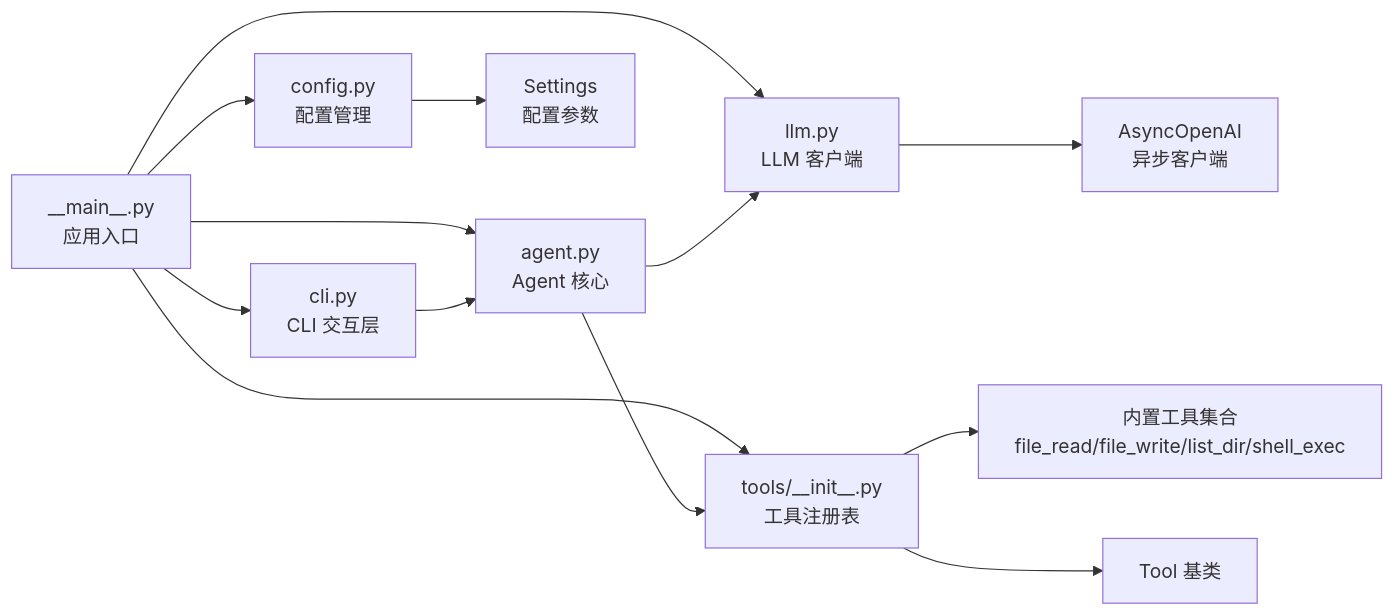
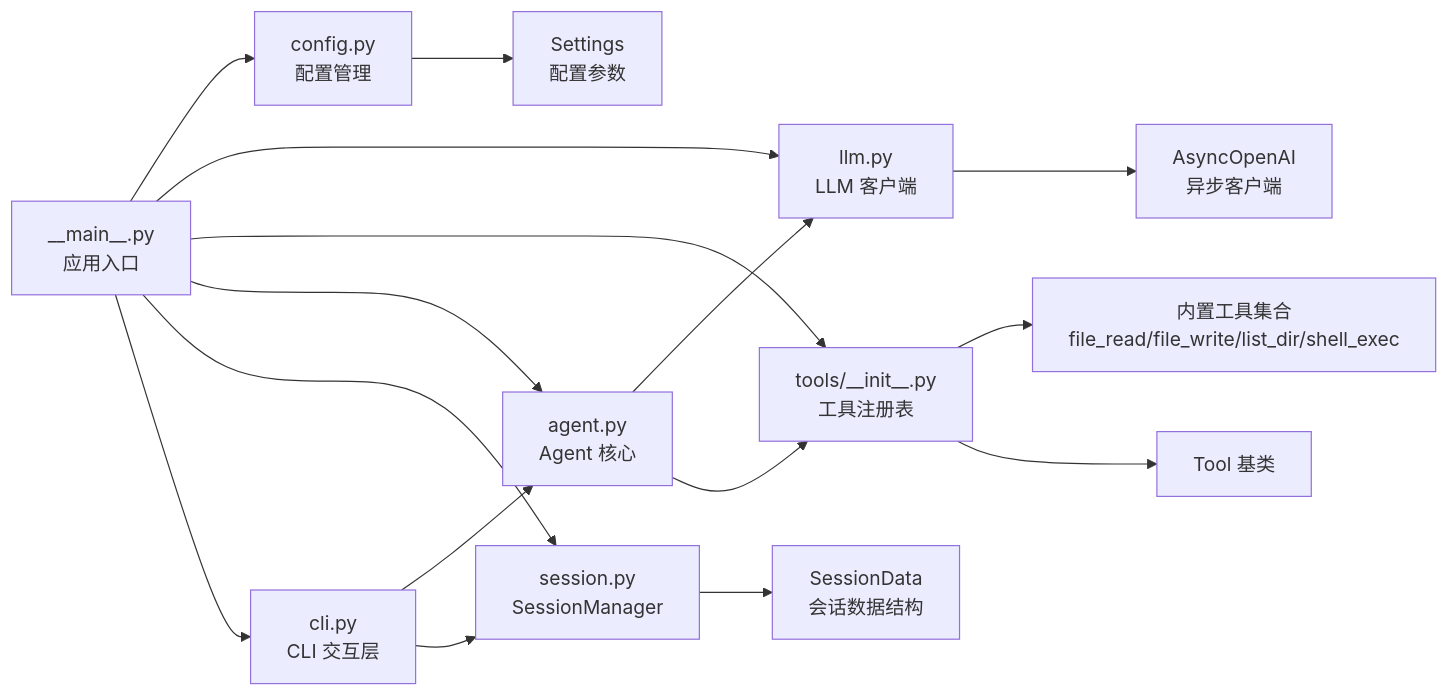
One commit to 250shiwo/MySmallAgent changed the third of 3 diagrams in .qoder/repowiki/zh/content/核心模块详解/CLI 交互层.md. Above: the diagram before and after it, drawn with Mermaid. The commit also changed other lines of this file and 34 other files, not shown here.

````diff
--- a/.qoder/repowiki/zh/content/核心模块详解/CLI 交互层.md
+++ b/.qoder/repowiki/zh/content/核心模块详解/CLI 交互层.md
@@ -539,15 +707,18 @@
 ```mermaid
 graph LR
 Main["__main__.py<br/>应用入口"] --> Config["config.py<br/>配置管理"]
 Main --> LLM["llm.py<br/>LLM 客户端"]
 Main --> Registry["tools/__init__.py<br/>工具注册表"]
 Main --> Agent["agent.py<br/>Agent 核心"]
+Main --> SessionManager["session.py<br/>SessionManager"]
 Main --> CLI["cli.py<br/>CLI 交互层"]
 CLI --> Agent
+CLI --> SessionManager
 Agent --> LLM
 Agent --> Registry
+SessionManager --> SessionData["SessionData<br/>会话数据结构"]
 Registry --> Tools["内置工具集合<br/>file_read/file_write/list_dir/shell_exec"]
 Config --> Settings["Settings<br/>配置参数"]
 LLM --> AsyncOpenAI["AsyncOpenAI<br/>异步客户端"]
 Registry --> ToolBase["Tool 基类"]
 ```
````
